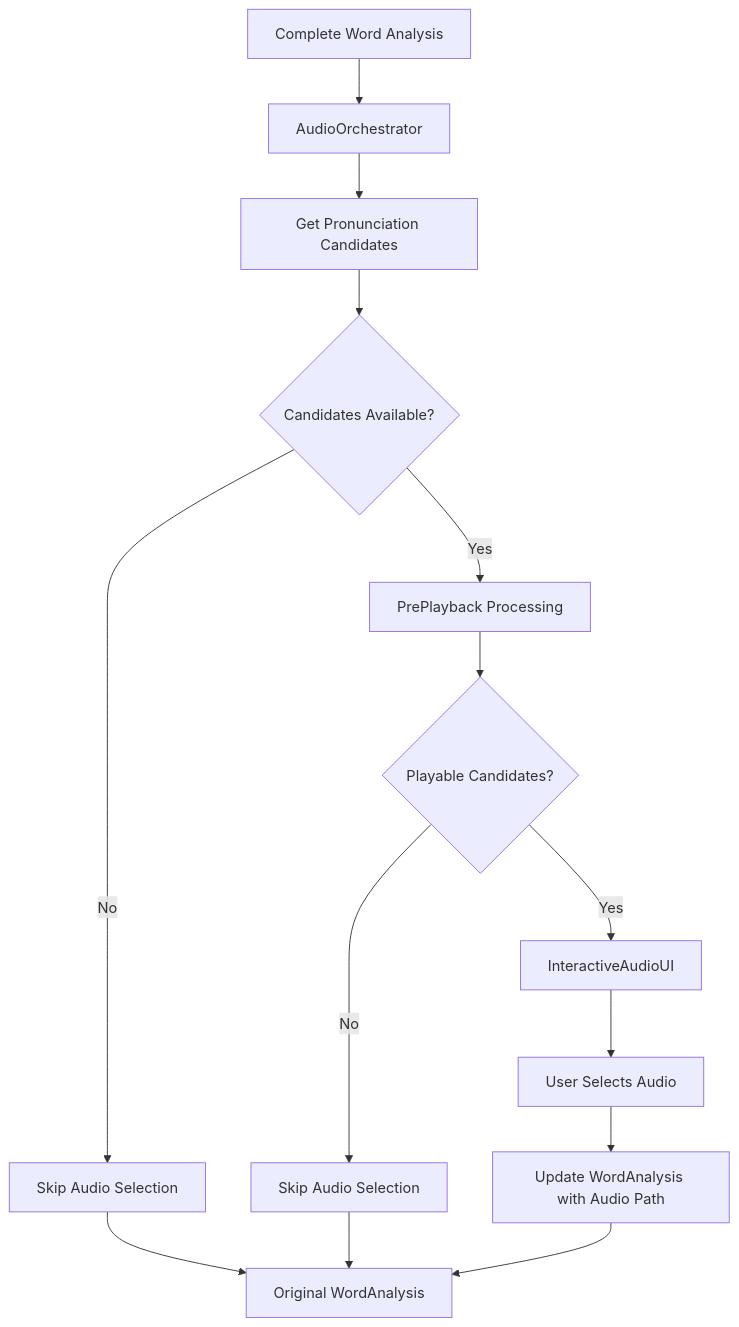
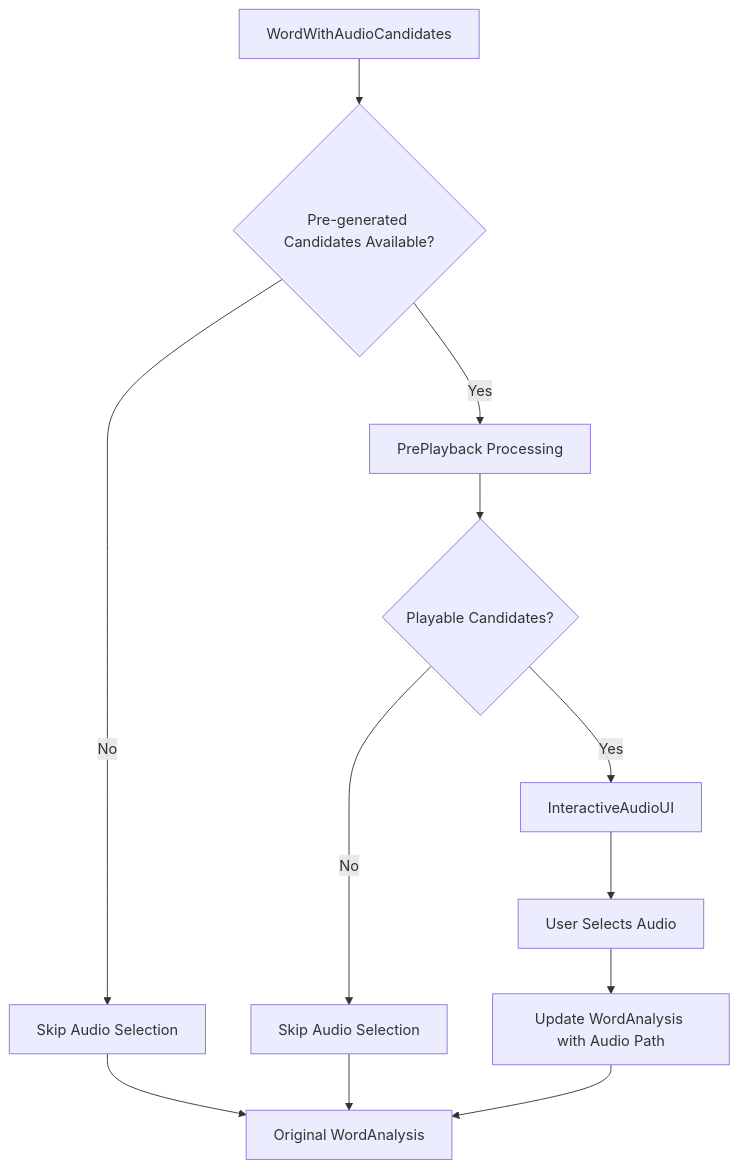
The seventh of 13 diagrams in PARSE_PLECO_FLOW.md (jorjao81/zh-learn2), drawn with Mermaid before and after one commit. The commit also changed other lines of this file and 5 other files, not shown here.

Commit message:
docs: architecture

````diff
--- a/PARSE_PLECO_FLOW.md
+++ b/PARSE_PLECO_FLOW.md
@@ -191,16 +203,14 @@
 ```mermaid
 flowchart TD
-    A[Complete Word Analysis] --> B[AudioOrchestrator]
-    B --> C[Get Pronunciation Candidates]
-    C --> D{Candidates Available?}
-    D -->|No| E[Skip Audio Selection]
-    D -->|Yes| F[PrePlayback Processing]
-    F --> G{Playable Candidates?}
-    G -->|No| H[Skip Audio Selection]
-    G -->|Yes| I[InteractiveAudioUI]
-    I --> J[User Selects Audio]
-    J --> K[Update WordAnalysis with Audio Path]
-    E --> L[Original WordAnalysis]
-    H --> L
-    K --> L
+    A[WordWithAudioCandidates] --> B{Pre-generated Candidates Available?}
+    B -->|No| C[Skip Audio Selection]
+    B -->|Yes| D[PrePlayback Processing]
+    D --> E{Playable Candidates?}
+    E -->|No| F[Skip Audio Selection]
+    E -->|Yes| G[InteractiveAudioUI]
+    G --> H[User Selects Audio]
+    H --> I[Update WordAnalysis with Audio Path]
+    C --> J[Original WordAnalysis]
+    F --> J
+    I --> J
 ```
````
